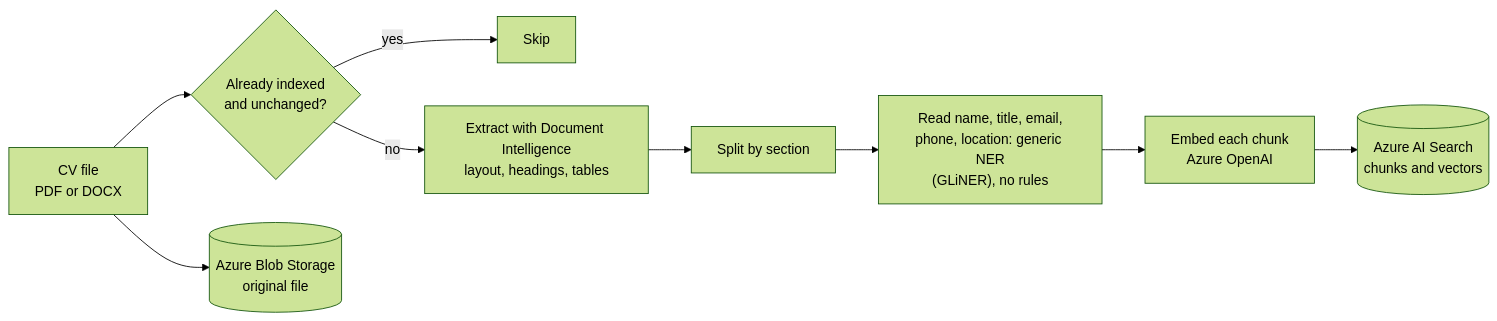
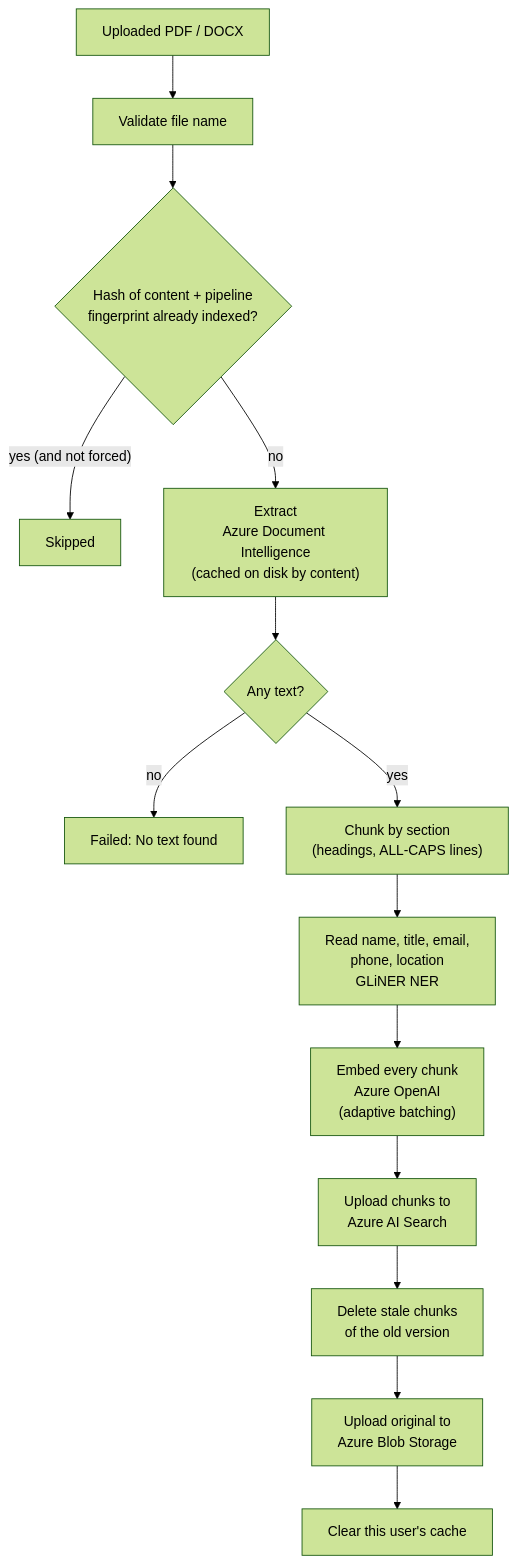
One commit to sherif2004/chat-with-cv changed the second of 3 diagrams in README.md. Above: the diagram before and after it, drawn with Mermaid (forest theme). The commit also changed other lines of this file, not shown here.

````diff
--- a/README.md
+++ b/README.md
@@ -61,11 +114,16 @@
 ```mermaid
-flowchart LR
-    A["CV file<br/>PDF or DOCX"] --> H{"Already indexed<br/>and unchanged?"}
-    H -- yes --> Z["Skip"]
-    H -- no --> B["Extract with Document Intelligence<br/>layout, headings, tables"]
-    B --> C["Split by section"]
-    C --> M["Read name, title, email,<br/>phone, location: generic NER<br/>(GLiNER), no rules"]
-    M --> D["Embed each chunk<br/>Azure OpenAI"]
-    D --> E[("Azure AI Search<br/>chunks and vectors")]
-    A --> F[("Azure Blob Storage<br/>original file")]
+flowchart TD
+    A["Uploaded PDF / DOCX"] --> V["Validate file name"]
+    V --> H{"Hash of content + pipeline<br/>fingerprint already indexed?"}
+    H -- "yes (and not forced)" --> Z["Skipped"]
+    H -- no --> X["Extract<br/>Azure Document Intelligence<br/>(cached on disk by content)"]
+    X --> T{"Any text?"}
+    T -- no --> F["Failed: No text found"]
+    T -- yes --> C["Chunk by section<br/>(headings, ALL-CAPS lines)"]
+    C --> N["Read name, title, email,<br/>phone, location<br/>GLiNER NER"]
+    N --> E["Embed every chunk<br/>Azure OpenAI<br/>(adaptive batching)"]
+    E --> U["Upload chunks to<br/>Azure AI Search"]
+    U --> D["Delete stale chunks<br/>of the old version"]
+    D --> B["Upload original to<br/>Azure Blob Storage"]
+    B --> K["Clear this user's cache"]
 ```
````
